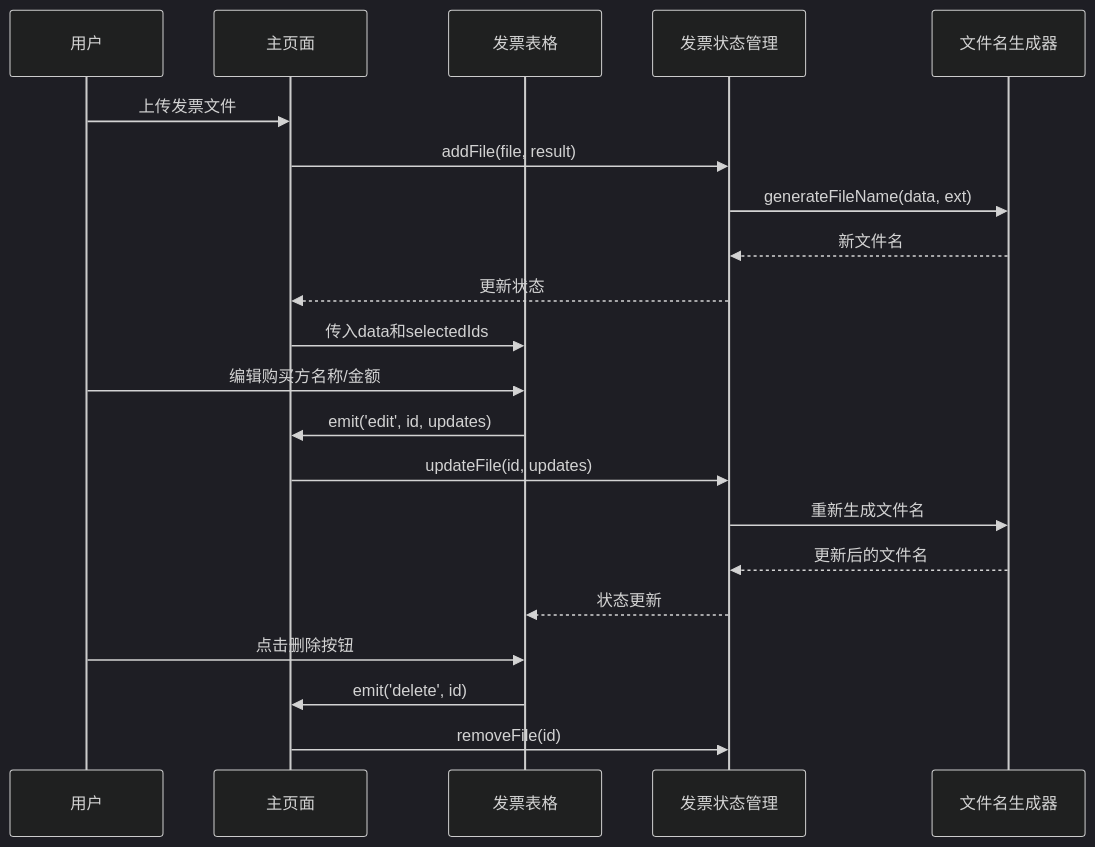
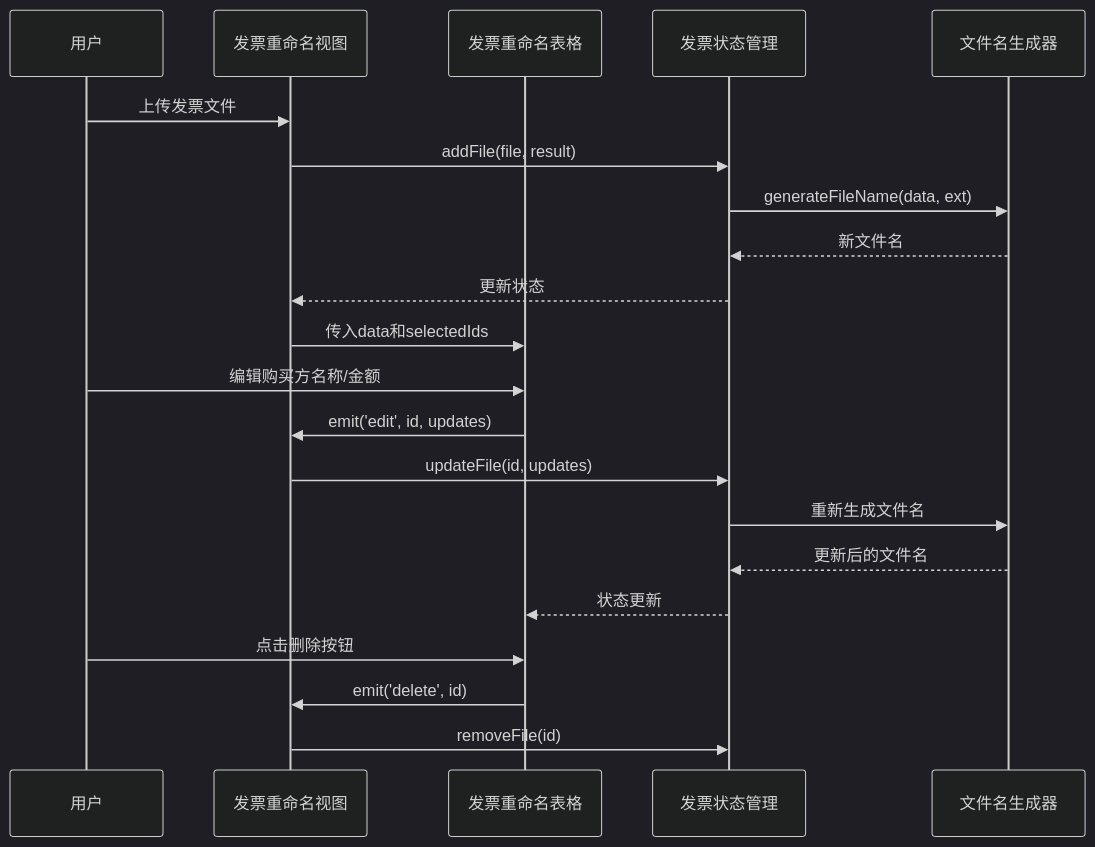
The third of 10 diagrams in .qoder/repowiki/zh/content/组件架构设计/发票数据表格组件/发票重命名表格组件.md (dunhuixiao/FinanceTools), drawn with Mermaid (dark theme) before and after one commit. The commit also changed other lines of this file and 4 other files, not shown here.

````diff
--- a/.qoder/repowiki/zh/content/组件架构设计/发票数据表格组件/发票重命名表格组件.md
+++ b/.qoder/repowiki/zh/content/组件架构设计/发票数据表格组件/发票重命名表格组件.md
@@ -133,23 +130,23 @@
 ```mermaid
 sequenceDiagram
 participant User as 用户
-participant HomeView as 主页面
-participant InvoiceTable as 发票表格
+participant InvoiceRenameView as 发票重命名视图
+participant InvoiceRenameTable as 发票重命名表格
 participant Store as 发票状态管理
 participant NameGen as 文件名生成器
-User->>HomeView : 上传发票文件
-HomeView->>Store : addFile(file, result)
+User->>InvoiceRenameView : 上传发票文件
+InvoiceRenameView->>Store : addFile(file, result)
 Store->>NameGen : generateFileName(data, ext)
 NameGen-->>Store : 新文件名
-Store-->>HomeView : 更新状态
-HomeView->>InvoiceTable : 传入data和selectedIds
-User->>InvoiceTable : 编辑购买方名称/金额
-InvoiceTable->>HomeView : emit('edit', id, updates)
-HomeView->>Store : updateFile(id, updates)
+Store-->>InvoiceRenameView : 更新状态
+InvoiceRenameView->>InvoiceRenameTable : 传入data和selectedIds
+User->>InvoiceRenameTable : 编辑购买方名称/金额
+InvoiceRenameTable->>InvoiceRenameView : emit('edit', id, updates)
+InvoiceRenameView->>Store : updateFile(id, updates)
 Store->>NameGen : 重新生成文件名
 NameGen-->>Store : 更新后的文件名
-Store-->>InvoiceTable : 状态更新
-User->>InvoiceTable : 点击删除按钮
-InvoiceTable->>HomeView : emit('delete', id)
-HomeView->>Store : removeFile(id)
+Store-->>InvoiceRenameTable : 状态更新
+User->>InvoiceRenameTable : 点击删除按钮
+InvoiceRenameTable->>InvoiceRenameView : emit('delete', id)
+InvoiceRenameView->>Store : removeFile(id)
 ```
````
